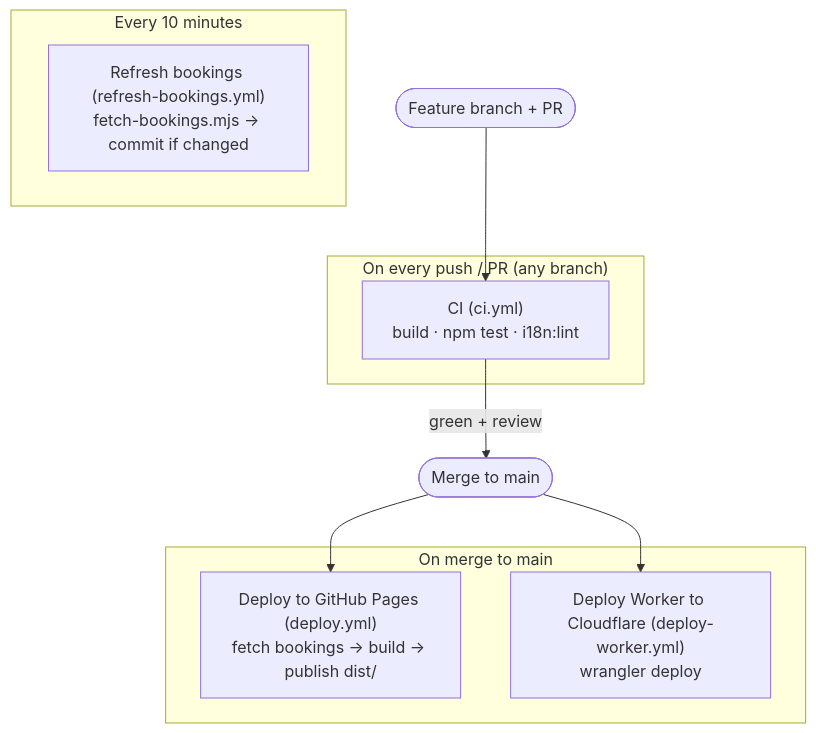
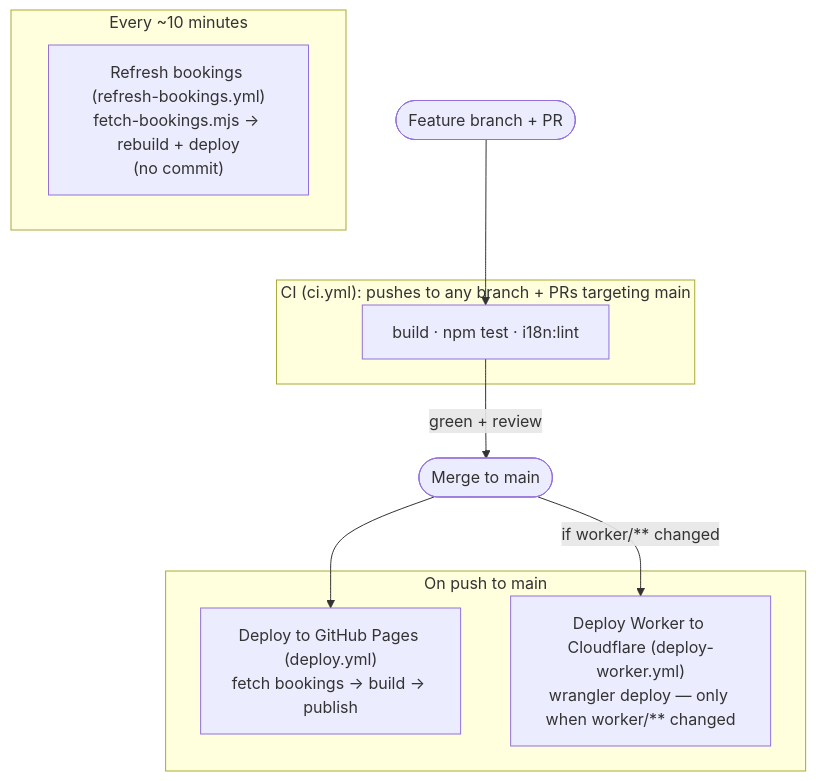
The ninth of 9 diagrams in docs/ARCHITECTURE.md (NoobCoder1209/vayana-bungalows), drawn with Mermaid before and after one commit. The commit also changed other lines of this file, not shown here.

First line of the commit message:
docs: fix ARCHITECTURE.md accuracy (review findings)

````diff
--- a/docs/ARCHITECTURE.md
+++ b/docs/ARCHITECTURE.md
@@ -270,20 +285,20 @@
 ```mermaid
 flowchart TD
-    subgraph OnPR["On every push / PR (any branch)"]
-      CI["CI (ci.yml)<br/>build · npm test · i18n:lint"]
+    subgraph OnPR["CI (ci.yml): pushes to any branch + PRs targeting main"]
+      CI["build · npm test · i18n:lint"]
     end
 
-    subgraph OnMain["On merge to main"]
-      DeployPages["Deploy to GitHub Pages (deploy.yml)<br/>fetch bookings → build → publish dist/"]
-      DeployWorker["Deploy Worker to Cloudflare (deploy-worker.yml)<br/>wrangler deploy"]
+    subgraph OnMain["On push to main"]
+      DeployPages["Deploy to GitHub Pages (deploy.yml)<br/>fetch bookings → build → publish"]
+      DeployWorker["Deploy Worker to Cloudflare (deploy-worker.yml)<br/>wrangler deploy — only when worker/** changed"]
     end
 
-    subgraph Cron["Every 10 minutes"]
-      Refresh["Refresh bookings (refresh-bookings.yml)<br/>fetch-bookings.mjs → commit if changed"]
+    subgraph Cron["Every ~10 minutes"]
+      Refresh["Refresh bookings (refresh-bookings.yml)<br/>fetch-bookings.mjs → rebuild + deploy<br/>(no commit)"]
     end
 
     PR([Feature branch + PR]) --> CI
     CI -->|green + review| Merge([Merge to main])
     Merge --> DeployPages
-    Merge --> DeployWorker
+    Merge -->|"if worker/** changed"| DeployWorker
 ```
````
